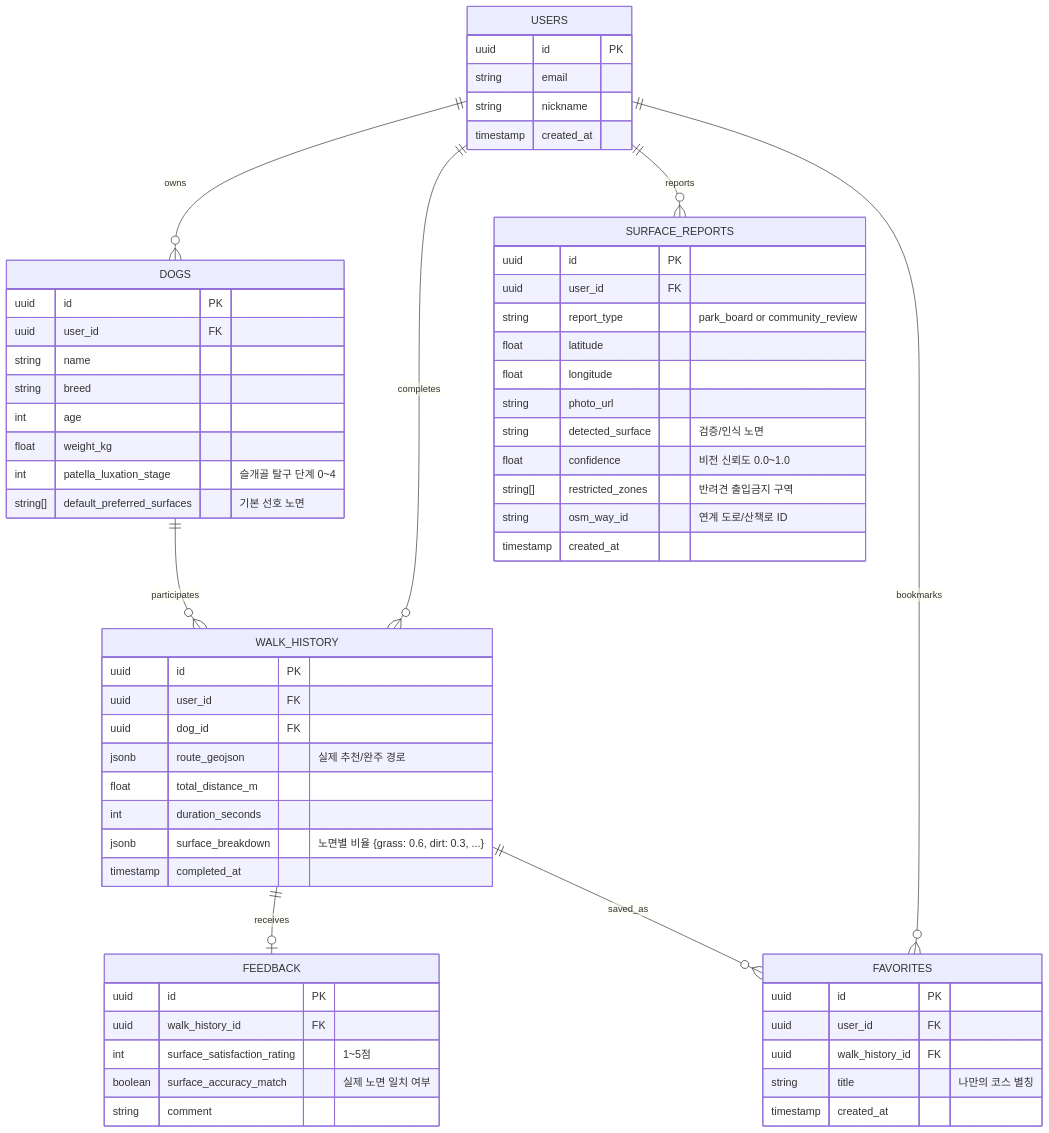
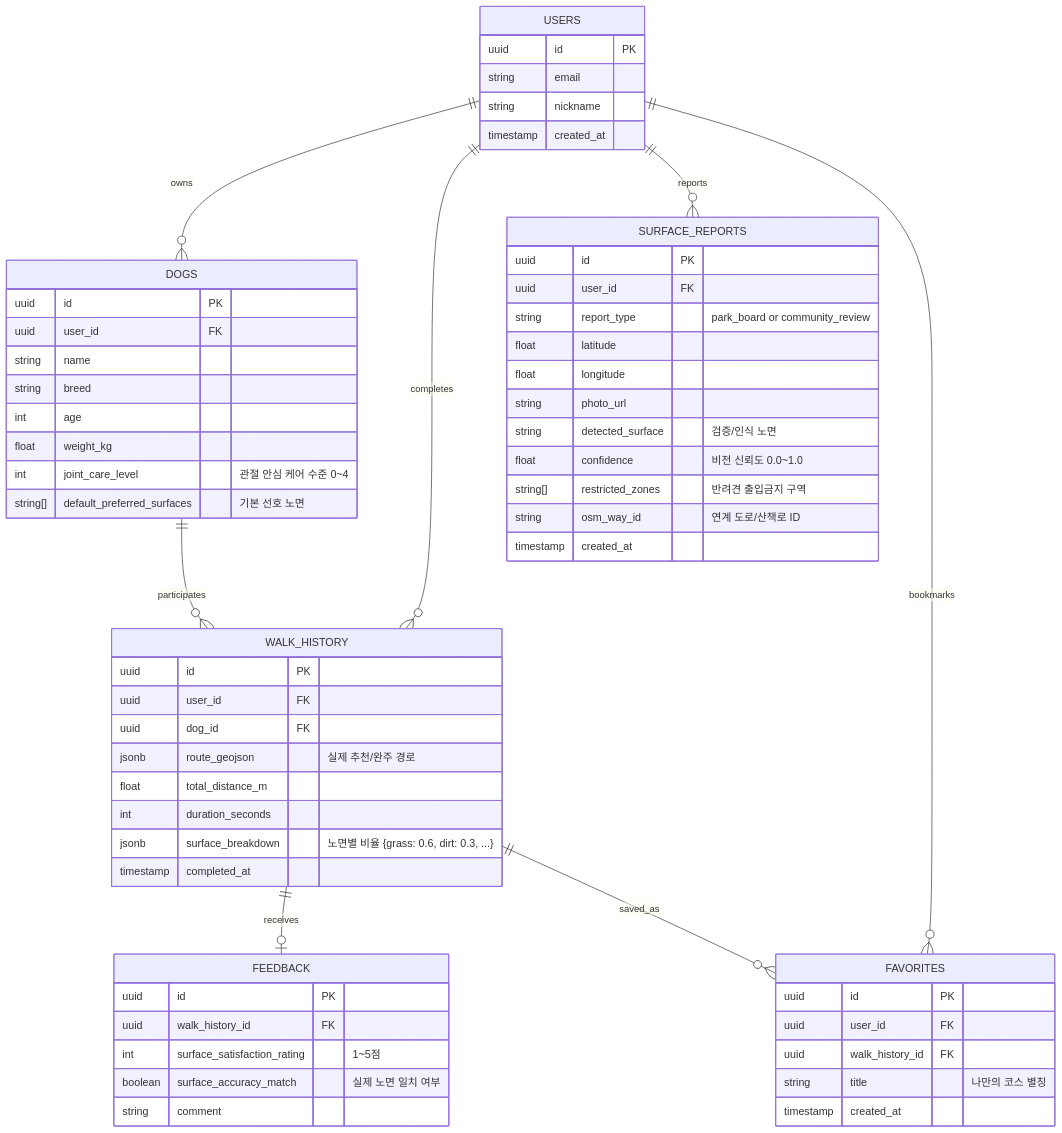
Before and after one commit to gigantess/PawTrail: the third of 6 diagrams in docs/04_PawTrail_Architecture_Design.md, drawn with Mermaid. The commit also changed other lines of this file and 27 other files, not shown here.

````diff
--- a/docs/04_PawTrail_Architecture_Design.md
+++ b/docs/04_PawTrail_Architecture_Design.md
@@ -253,69 +259,69 @@
 ```mermaid
 erDiagram
     USERS ||--o{ DOGS : owns
     USERS ||--o{ WALK_HISTORY : completes
     USERS ||--o{ SURFACE_REPORTS : reports
     USERS ||--o{ FAVORITES : bookmarks
     DOGS ||--o{ WALK_HISTORY : participates
     WALK_HISTORY ||--o| FEEDBACK : receives
     WALK_HISTORY ||--o{ FAVORITES : saved_as
 
     USERS {
         uuid id PK
         string email
         string nickname
         timestamp created_at
     }
 
     DOGS {
         uuid id PK
         uuid user_id FK
         string name
         string breed
         int age
         float weight_kg
-        int patella_luxation_stage "슬개골 탈구 단계 0~4"
+        int joint_care_level "관절 안심 케어 수준 0~4"
         string[] default_preferred_surfaces "기본 선호 노면"
     }
 
     WALK_HISTORY {
         uuid id PK
         uuid user_id FK
         uuid dog_id FK
         jsonb route_geojson "실제 추천/완주 경로"
         float total_distance_m
         int duration_seconds
         jsonb surface_breakdown "노면별 비율 {grass: 0.6, dirt: 0.3, ...}"
         timestamp completed_at
     }
 
     FEEDBACK {
         uuid id PK
         uuid walk_history_id FK
         int surface_satisfaction_rating "1~5점"
         boolean surface_accuracy_match "실제 노면 일치 여부"
         string comment
     }
 
     SURFACE_REPORTS {
         uuid id PK
         uuid user_id FK
         string report_type "park_board or community_review"
         float latitude
         float longitude
         string photo_url
         string detected_surface "검증/인식 노면"
         float confidence "비전 신뢰도 0.0~1.0"
         string[] restricted_zones "반려견 출입금지 구역"
         string osm_way_id "연계 도로/산책로 ID"
         timestamp created_at
     }
 
     FAVORITES {
         uuid id PK
         uuid user_id FK
         uuid walk_history_id FK
         string title "나만의 코스 별칭"
         timestamp created_at
     }
 ```
````
